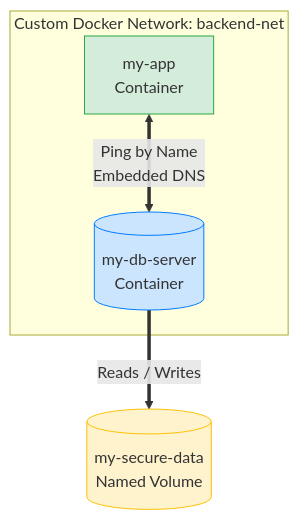
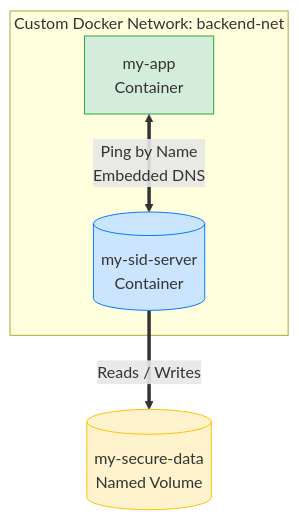
Before and after one commit to Sidlakh0802/90DaysOfDevOps: the third of 3 diagrams in 2026/day-32/day32.md, drawn with Mermaid. The commit also changed other lines of this file, not shown here.

First line of the commit message:
Rename database server in Docker setup

````diff
--- a/2026/day-32/day32.md
+++ b/2026/day-32/day32.md
@@ -360,13 +360,13 @@
 ```mermaid
 graph TD
     subgraph backend-net [Custom Docker Network: backend-net]
-        App[my-app <br> Container] <==>|Ping by Name<br>Embedded DNS| DB[(my-db-server <br> Container)]
+        App[my-app <br> Container] <==>|Ping by Name<br>Embedded DNS| DB[(my-sid-server <br> Container)]
     end
     
     DB ==>|Reads / Writes| Vol[(my-secure-data <br> Named Volume)]
     
     style App fill:#d4edda,stroke:#28a745
     style DB fill:#cce5ff,stroke:#007bff
     style Vol fill:#fff3cd,stroke:#ffc107
 
 ```
````
